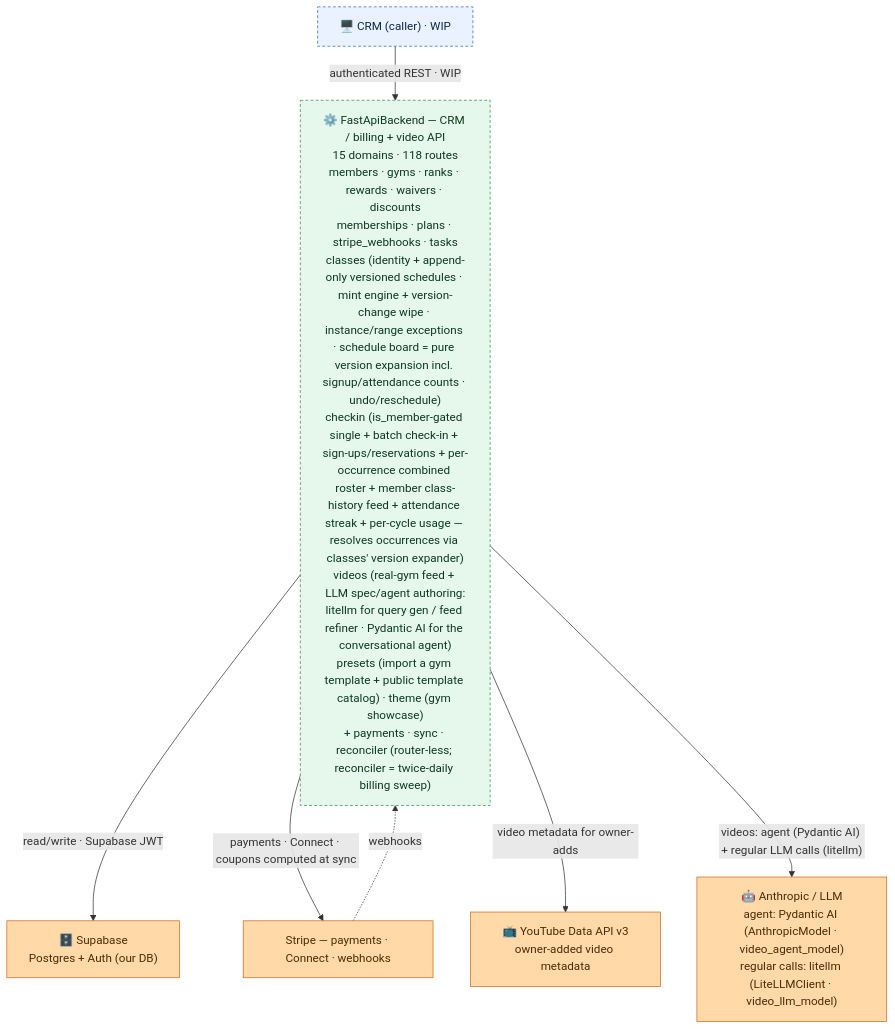
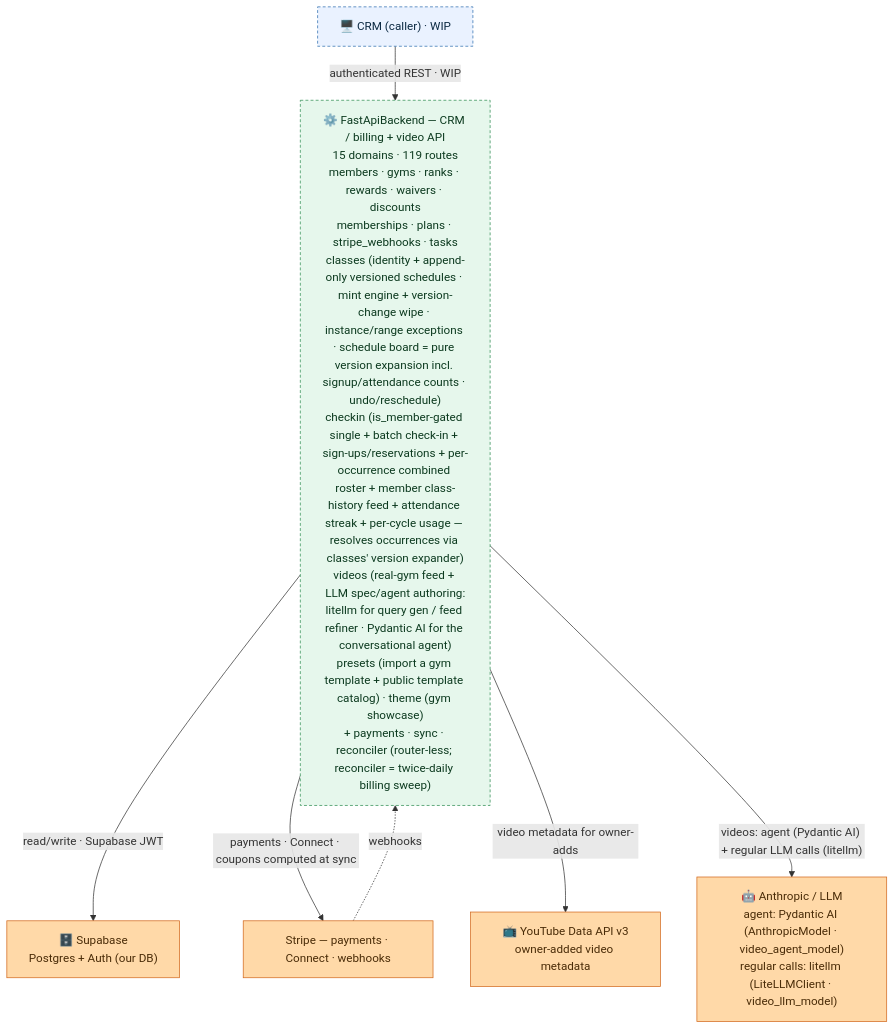
The diagram in FastApiBackend/README.md (jesse51002/CombatDen), drawn with Mermaid before and after one commit. The commit also changed other lines of this file and 86 other files, not shown here.

````diff
--- a/FastApiBackend/README.md
+++ b/FastApiBackend/README.md
@@ -16,23 +16,23 @@
 ```mermaid
 flowchart TB
   CRM["🖥️ CRM (caller) · WIP"]
-  FB["⚙️ FastApiBackend — CRM / billing + video API<br/>15 domains · 118 routes<br/>members · gyms · ranks · rewards · waivers · discounts<br/>memberships · plans · stripe_webhooks · tasks<br/>classes (identity + append-only versioned schedules · mint engine + version-change wipe · instance/range exceptions · schedule board = pure version expansion incl. signup/attendance counts · undo/reschedule)<br/>checkin (is_member-gated single + batch check-in + sign-ups/reservations + per-occurrence combined roster + member class-history feed + attendance streak + per-cycle usage — resolves occurrences via classes' version expander)<br/>videos (real-gym feed + LLM spec/agent authoring:<br/>litellm for query gen / feed refiner · Pydantic AI for the conversational agent)<br/>presets (import a gym template + public template catalog) · theme (gym showcase)<br/>+ payments · sync · reconciler (router-less; reconciler = twice-daily billing sweep)"]
+  FB["⚙️ FastApiBackend — CRM / billing + video API<br/>15 domains · 119 routes<br/>members · gyms · ranks · rewards · waivers · discounts<br/>memberships · plans · stripe_webhooks · tasks<br/>classes (identity + append-only versioned schedules · mint engine + version-change wipe · instance/range exceptions · schedule board = pure version expansion incl. signup/attendance counts · undo/reschedule)<br/>checkin (is_member-gated single + batch check-in + sign-ups/reservations + per-occurrence combined roster + member class-history feed + attendance streak + per-cycle usage — resolves occurrences via classes' version expander)<br/>videos (real-gym feed + LLM spec/agent authoring:<br/>litellm for query gen / feed refiner · Pydantic AI for the conversational agent)<br/>presets (import a gym template + public template catalog) · theme (gym showcase)<br/>+ payments · sync · reconciler (router-less; reconciler = twice-daily billing sweep)"]
   Supabase["🗄️ Supabase<br/>Postgres + Auth (our DB)"]
   Stripe["Stripe — payments · Connect · webhooks"]
   YouTube["📺 YouTube Data API v3<br/>owner-added video metadata"]
   LLMProvider["🤖 Anthropic / LLM<br/>agent: Pydantic AI (AnthropicModel · video_agent_model)<br/>regular calls: litellm (LiteLLMClient · video_llm_model)"]
   CRM -->|"authenticated REST · WIP"| FB
   FB -->|"read/write · Supabase JWT"| Supabase
   FB -->|"payments · Connect · coupons computed at sync"| Stripe
   Stripe -.->|"webhooks"| FB
   FB -->|"video metadata for owner-adds"| YouTube
   FB -->|"videos: agent (Pydantic AI) + regular LLM calls (litellm)"| LLMProvider
   classDef client fill:#eaf2ff,stroke:#2f6fb0,color:#0b2942;
   classDef svc fill:#e6f7ec,stroke:#2f8f53,color:#0c3a1f;
   classDef ext fill:#ffd9a8,stroke:#d2691e,color:#4a2c08;
   class CRM client;
   class FB svc;
   class Supabase,Stripe,YouTube,LLMProvider ext;
   style CRM stroke-dasharray:4 3;
   style FB stroke-dasharray:4 3;
 ```
````
